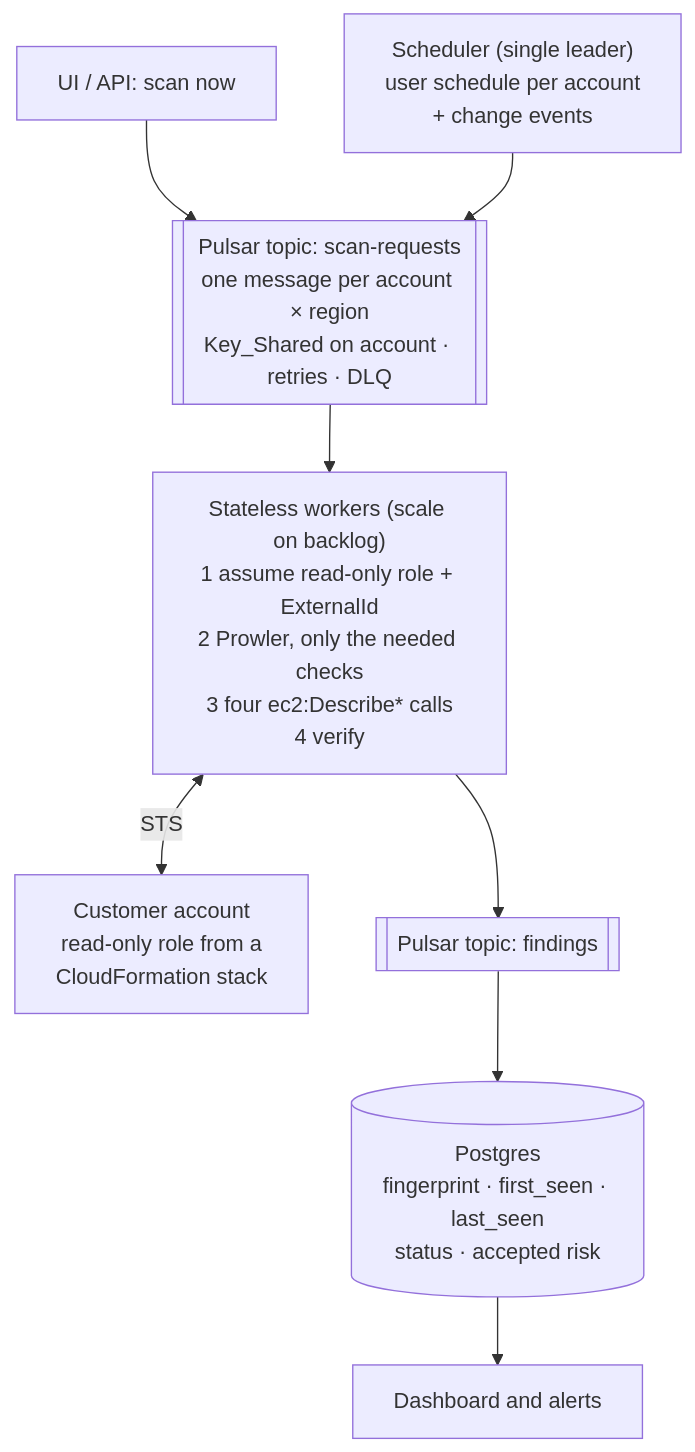
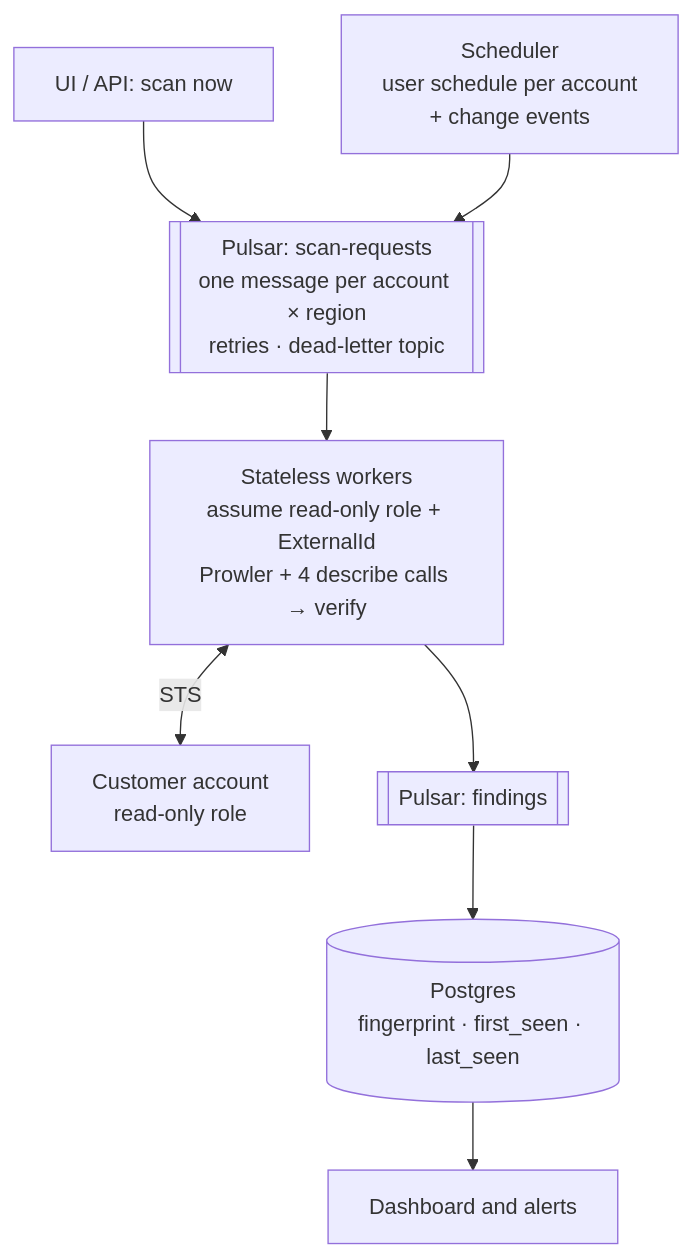
The third of 3 diagrams in README.md (jnathangreeg/cloud-scanner-task), drawn with Mermaid before and after one commit. The commit also changed other lines of this file, not shown here.

````diff
--- a/README.md
+++ b/README.md
@@ -246,10 +205,10 @@
 ```mermaid
 flowchart TD
     UI["UI / API: scan now"] --> Q
-    S["Scheduler (single leader)<br/>user schedule per account<br/>+ change events"] --> Q
-    Q[["Pulsar topic: scan-requests<br/>one message per account × region<br/>Key_Shared on account · retries · DLQ"]] --> W
-    W["Stateless workers (scale on backlog)<br/>1 assume read-only role + ExternalId<br/>2 Prowler, only the needed checks<br/>3 four ec2:Describe* calls<br/>4 verify"] <-->|STS| A["Customer account<br/>read-only role from a<br/>CloudFormation stack"]
-    W --> F[["Pulsar topic: findings"]]
-    F --> D[("Postgres<br/>fingerprint · first_seen · last_seen<br/>status · accepted risk")]
+    S["Scheduler<br/>user schedule per account<br/>+ change events"] --> Q
+    Q[["Pulsar: scan-requests<br/>one message per account × region<br/>retries · dead-letter topic"]] --> W
+    W["Stateless workers<br/>assume read-only role + ExternalId<br/>Prowler + 4 describe calls → verify"] <-->|STS| A["Customer account<br/>read-only role"]
+    W --> F[["Pulsar: findings"]]
+    F --> D[("Postgres<br/>fingerprint · first_seen · last_seen")]
     D --> UI2["Dashboard and alerts"]
 ```
````
